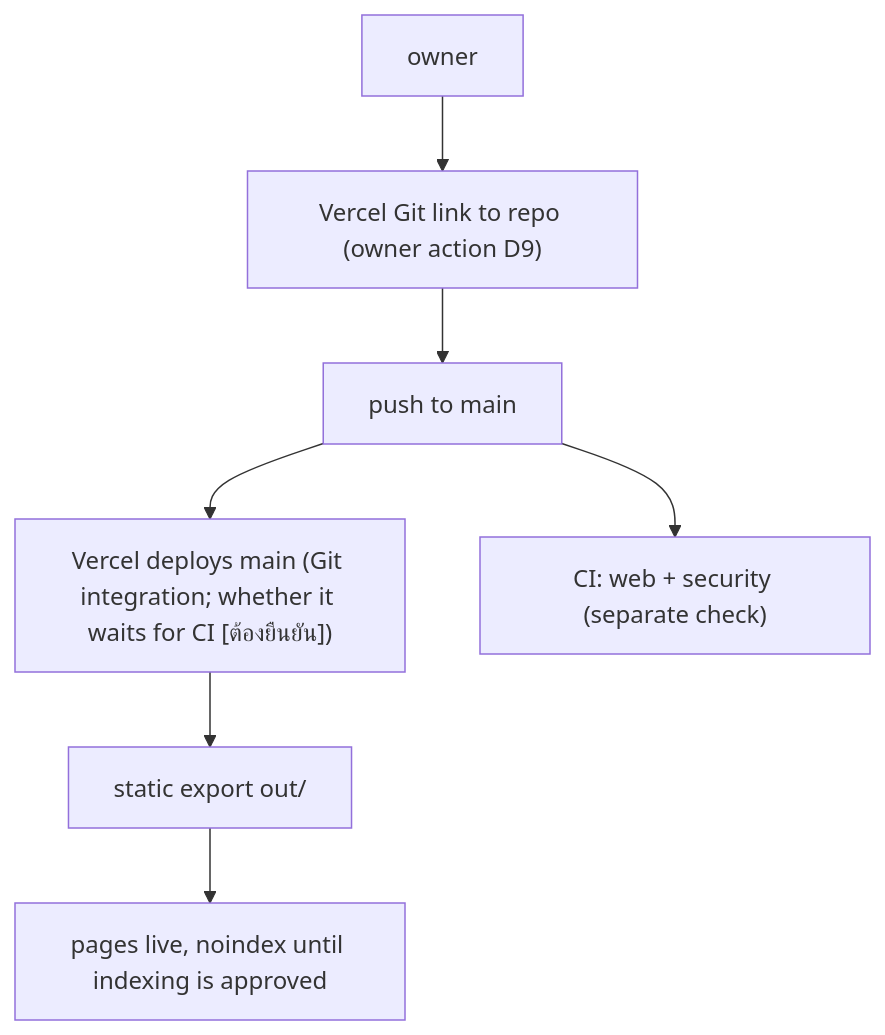
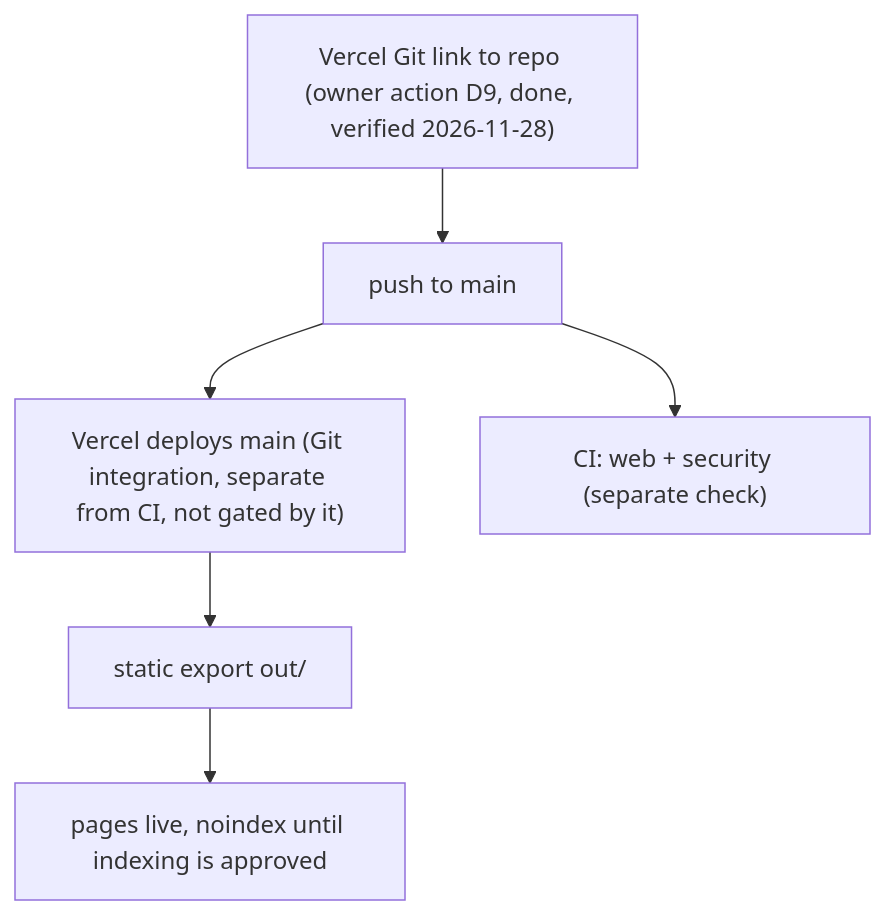
Before and after one commit to bookchaowalit-agency/agency-transactions-corporate-finance-web: the second of 2 diagrams in docs/diagrams/01-business-process.md, drawn with Mermaid. The commit also changed other lines of this file, not shown here.

Commit message:
docs: close Vercel Git link gap (D9), verified 2026-11-28

````diff
--- a/docs/diagrams/01-business-process.md
+++ b/docs/diagrams/01-business-process.md
@@ -49,9 +48,8 @@
 ```mermaid
 flowchart TD
-  OWNER["owner"] --> GITLINK["Vercel Git link to repo (owner action D9)"]
-  GITLINK --> PUSH["push to main"]
-  PUSH --> DEPLOY["Vercel deploys main (Git integration; whether it waits for CI [ต้องยืนยัน])"]
+  GITLINK["Vercel Git link to repo (owner action D9, done, verified 2026-11-28)"] --> PUSH["push to main"]
+  PUSH --> DEPLOY["Vercel deploys main (Git integration, separate from CI, not gated by it)"]
   PUSH --> CI["CI: web + security (separate check)"]
   DEPLOY --> BUILD["static export out/"]
   BUILD --> SITE["pages live, noindex until indexing is approved"]
 ```
````
